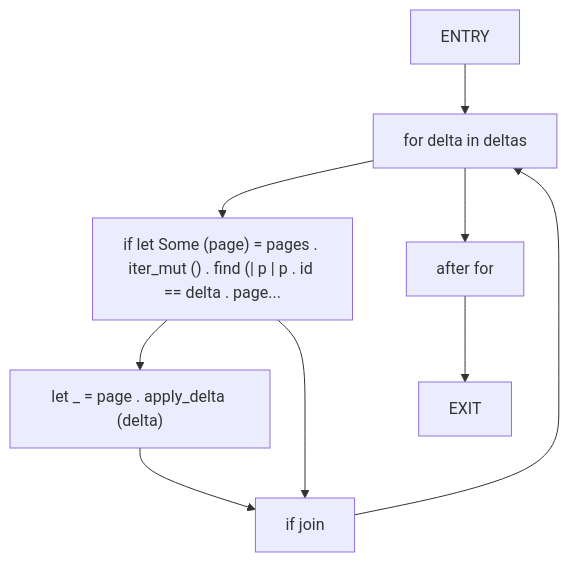
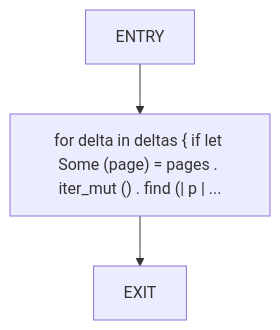
One commit to cicero-violate/MMSB changed the second of 40 diagrams in docs/analysis/cfg/010-src-01_page.md. Above: the diagram before and after it, drawn with Mermaid. The commit also changed other lines of this file and 865 other files, not shown here.

````diff
--- a/docs/analysis/cfg/010-src-01_page.md
+++ b/docs/analysis/cfg/010-src-01_page.md
@@ -39,18 +43,8 @@
 ```mermaid
 flowchart TD
     apply_log_0["ENTRY"]
-    apply_log_1["for delta in deltas"]
-    apply_log_2["if let Some (page) = pages . iter_mut () . find (| p | p . id == delta . page..."]
-    apply_log_3["let _ = page . apply_delta (delta)"]
-    apply_log_4["if join"]
-    apply_log_5["after for"]
-    apply_log_6["EXIT"]
+    apply_log_1["for delta in deltas { if let Some (page) = pages . iter_mut () . find (| p | ..."]
+    apply_log_2["EXIT"]
     apply_log_0 --> apply_log_1
     apply_log_1 --> apply_log_2
-    apply_log_2 --> apply_log_3
-    apply_log_3 --> apply_log_4
-    apply_log_2 --> apply_log_4
-    apply_log_4 --> apply_log_1
-    apply_log_1 --> apply_log_5
-    apply_log_5 --> apply_log_6
 ```
````
